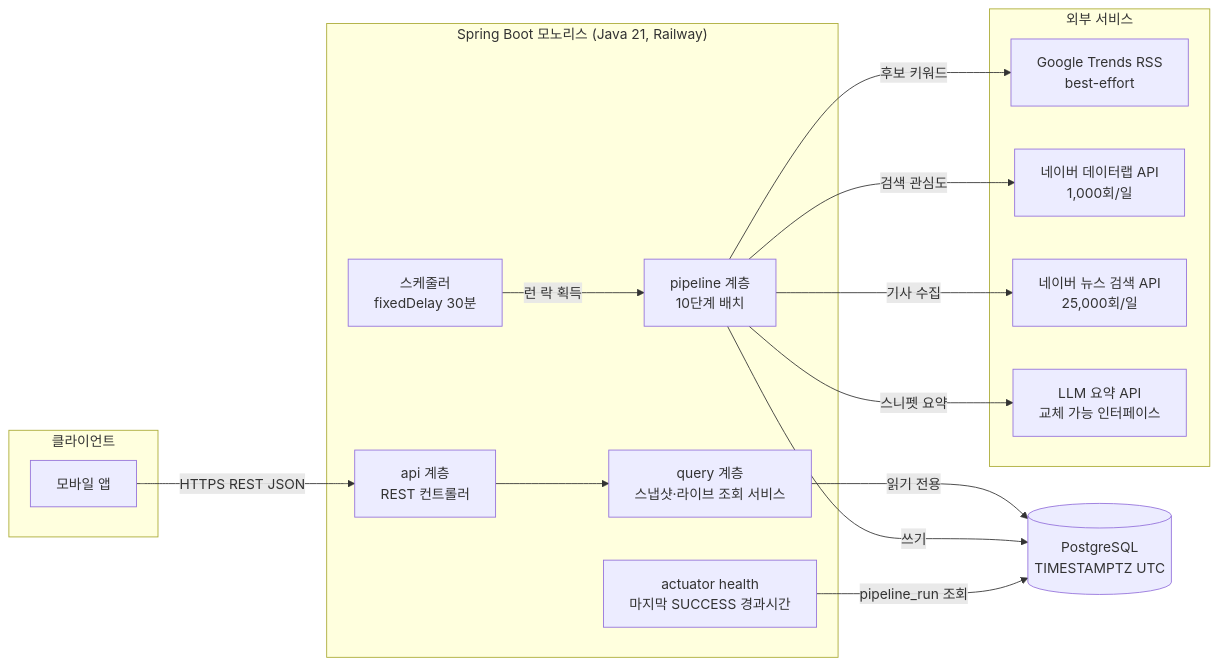
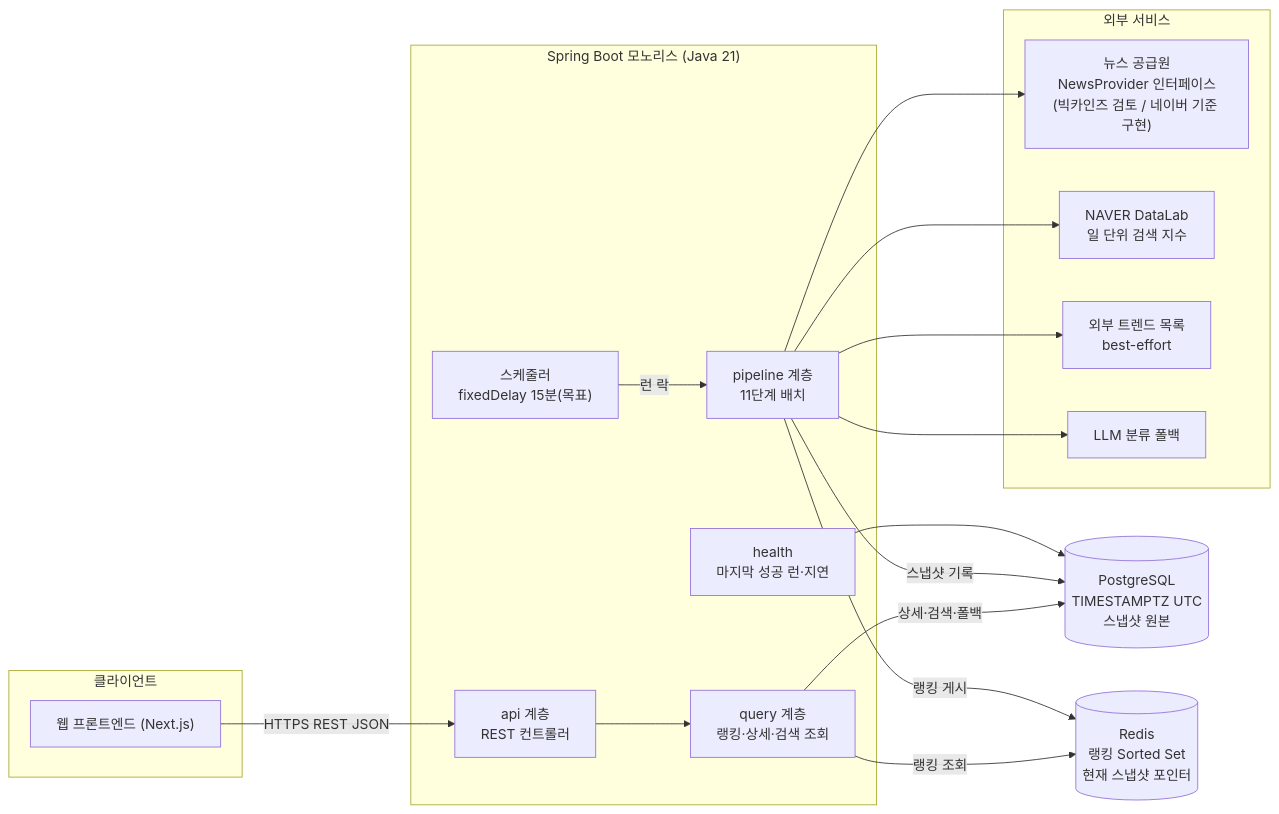
One commit to zxc8661/korea_pulse_back changed the first of 2 diagrams in doc/02-시스템-설계서.md. Above: the diagram before and after it, drawn with Mermaid. The commit also changed other lines of this file and 7 other files, not shown here.

````diff
--- a/doc/02-시스템-설계서.md
+++ b/doc/02-시스템-설계서.md
@@ -30,34 +32,37 @@
 ```mermaid
 flowchart LR
     subgraph CLIENT["클라이언트"]
-        APP["모바일 앱"]
+        WEB["웹 프론트엔드 (Next.js)"]
     end
 
-    subgraph BACKEND["Spring Boot 모노리스 (Java 21, Railway)"]
+    subgraph BACKEND["Spring Boot 모노리스 (Java 21)"]
         API["api 계층<br/>REST 컨트롤러"]
-        QUERY["query 계층<br/>스냅샷·라이브 조회 서비스"]
-        SCHED["스케줄러<br/>fixedDelay 30분"]
-        PIPE["pipeline 계층<br/>10단계 배치"]
-        HEALTH["actuator health<br/>마지막 SUCCESS 경과시간"]
+        QUERY["query 계층<br/>랭킹·상세·검색 조회"]
+        SCHED["스케줄러<br/>fixedDelay 15분(목표)"]
+        PIPE["pipeline 계층<br/>11단계 배치"]
+        HEALTH["health<br/>마지막 성공 런·지연"]
     end
 
     subgraph EXTERNAL["외부 서비스"]
-        RSS["Google Trends RSS<br/>best-effort"]
-        DATALAB["네이버 데이터랩 API<br/>1,000회/일"]
-        NAVER["네이버 뉴스 검색 API<br/>25,000회/일"]
-        LLM["LLM 요약 API<br/>교체 가능 인터페이스"]
+        NEWS["뉴스 공급원<br/>NewsProvider 인터페이스<br/>(빅카인즈 검토 / 네이버 기준 구현)"]
+        DATALAB["NAVER DataLab<br/>일 단위 검색 지수"]
+        TRENDS["외부 트렌드 목록<br/>best-effort"]
+        LLM["LLM 분류 폴백"]
     end
 
-    DB[("PostgreSQL<br/>TIMESTAMPTZ UTC")]
+    DB[("PostgreSQL<br/>TIMESTAMPTZ UTC<br/>스냅샷 원본")]
+    REDIS[("Redis<br/>랭킹 Sorted Set<br/>현재 스냅샷 포인터")]
 
-    APP -->|HTTPS REST JSON| API
+    WEB -->|HTTPS REST JSON| API
     API --> QUERY
-    QUERY -->|읽기 전용| DB
-    SCHED -->|런 락 획득| PIPE
-    PIPE -->|후보 키워드| RSS
-    PIPE -->|검색 관심도| DATALAB
-    PIPE -->|기사 수집| NAVER
-    PIPE -->|스니펫 요약| LLM
-    PIPE -->|쓰기| DB
-    HEALTH -->|pipeline_run 조회| DB
+    QUERY -->|랭킹 조회| REDIS
+    QUERY -->|상세·검색·폴백| DB
+    SCHED -->|런 락| PIPE
+    PIPE --> NEWS
+    PIPE --> DATALAB
+    PIPE --> TRENDS
+    PIPE --> LLM
+    PIPE -->|스냅샷 기록| DB
+    PIPE -->|랭킹 게시| REDIS
+    HEALTH --> DB
 ```
````
